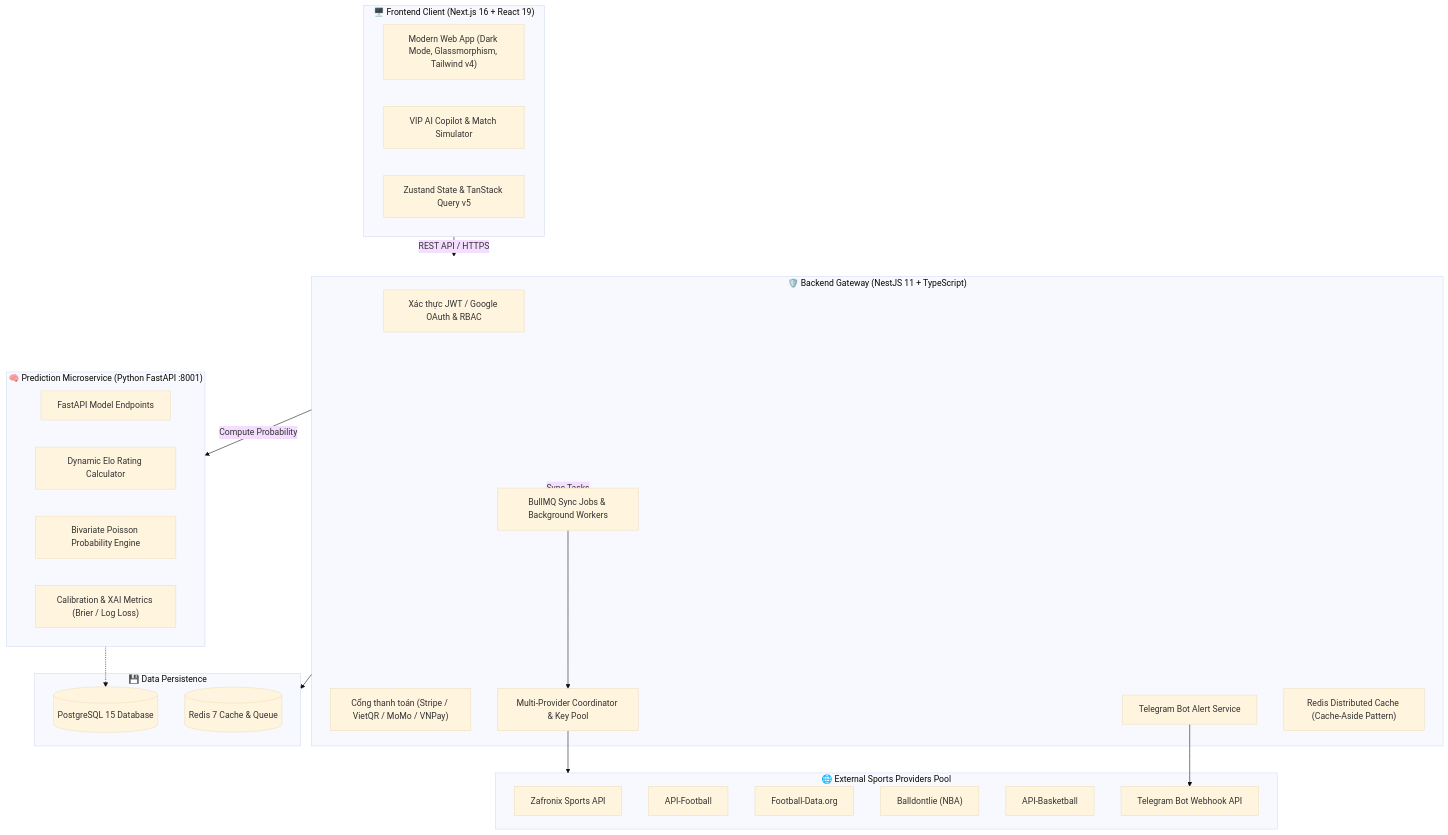
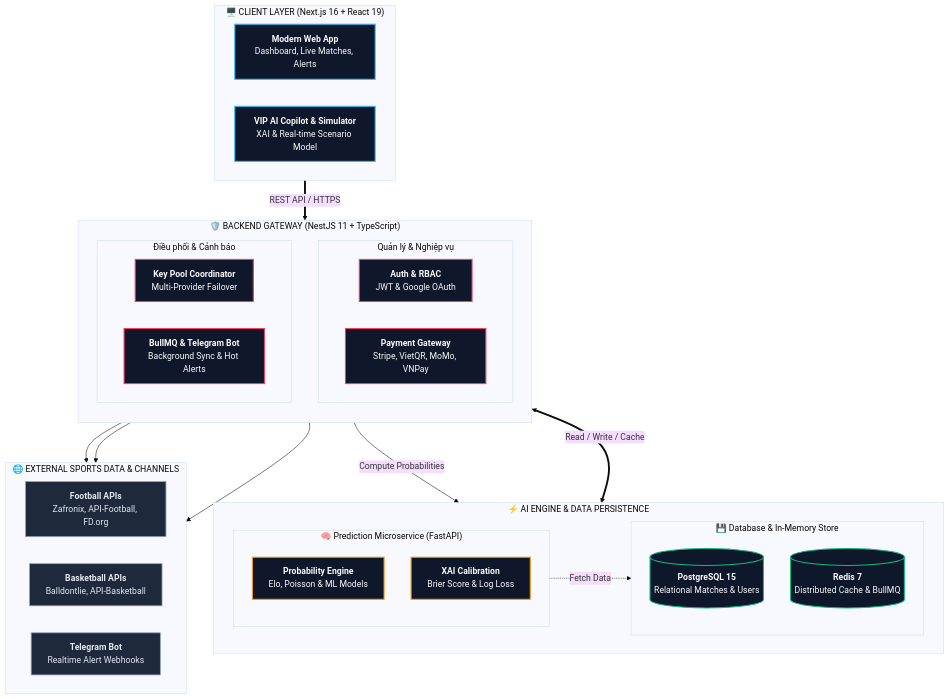
The diagram in README.md (keyaru1910/Iknowball), drawn with Mermaid (base theme) before and after one commit.

````diff
--- a/README.md
+++ b/README.md
@@ -70,47 +70,59 @@
 ```mermaid
-flowchart TD
-    subgraph Client_Layer["🖥️ Frontend Client (Next.js 16 + React 19)"]
-        UI["Modern Web App (Dark Mode, Glassmorphism, Tailwind v4)"]
-        Copilot["VIP AI Copilot & Match Simulator"]
-        State["Zustand State & TanStack Query v5"]
+flowchart TB
+    %% Styling Classes
+    classDef client fill:#0f172a,stroke:#38bdf8,stroke-width:2px,color:#f8fafc;
+    classDef gateway fill:#0f172a,stroke:#f43f5e,stroke-width:2px,color:#f8fafc;
+    classDef ai fill:#0f172a,stroke:#f59e0b,stroke-width:2px,color:#f8fafc;
+    classDef db fill:#0f172a,stroke:#10b981,stroke-width:2px,color:#f8fafc;
+    classDef ext fill:#1e293b,stroke:#94a3b8,stroke-width:1.5px,color:#e2e8f0;
+
+    subgraph Client ["🖥️ CLIENT LAYER (Next.js 16 + React 19)"]
+        direction LR
+        UI["<b>Modern Web App</b><br/>Dashboard, Live Matches, Alerts"]:::client
+        Simulator["<b>VIP AI Copilot & Simulator</b><br/>XAI & Real-time Scenario Model"]:::client
     end
 
-    subgraph Gateway_Layer["🛡️ Backend Gateway (NestJS 11 + TypeScript)"]
-        AuthMod["Xác thực JWT / Google OAuth & RBAC"]
-        PaymentMod["Cổng thanh toán (Stripe / VietQR / MoMo / VNPay)"]
-        Coordinator["Multi-Provider Coordinator & Key Pool"]
-        Queue["BullMQ Sync Jobs & Background Workers"]
-        AlertService["Telegram Bot Alert Service"]
-        CacheLayer["Redis Distributed Cache (Cache-Aside Pattern)"]
+    subgraph Gateway ["🛡️ BACKEND GATEWAY (NestJS 11 + TypeScript)"]
+        direction TB
+        subgraph G_Top ["Quản lý & Nghiệp vụ"]
+            direction LR
+            Auth["<b>Auth & RBAC</b><br/>JWT & Google OAuth"]:::gateway
+            Pay["<b>Payment Gateway</b><br/>Stripe, VietQR, MoMo, VNPay"]:::gateway
+        end
+        subgraph G_Bottom ["Điều phối & Cảnh báo"]
+            direction LR
+            Coord["<b>Key Pool Coordinator</b><br/>Multi-Provider Failover"]:::gateway
+            Queue["<b>BullMQ & Telegram Bot</b><br/>Background Sync & Hot Alerts"]:::gateway
+        end
     end
 
-    subgraph AI_Layer["🧠 Prediction Microservice (Python FastAPI :8001)"]
-        MLApi["FastAPI Model Endpoints"]
-        EloEngine["Dynamic Elo Rating Calculator"]
-        PoissonEngine["Bivariate Poisson Probability Engine"]
-        CalibEngine["Calibration & XAI Metrics (Brier / Log Loss)"]
+    subgraph ProcessingStorage ["⚡ AI ENGINE & DATA PERSISTENCE"]
+        direction LR
+        subgraph AI ["🧠 Prediction Microservice (FastAPI)"]
+            direction TB
+            ML["<b>Probability Engine</b><br/>Elo, Poisson & ML Models"]:::ai
+            XAI["<b>XAI Calibration</b><br/>Brier Score & Log Loss"]:::ai
+        end
+        subgraph DB ["💾 Database & In-Memory Store"]
+            direction TB
+            Postgres[("<b>PostgreSQL 15</b><br/>Relational Matches & Users")]:::db
+            Redis[("<b>Redis 7</b><br/>Distributed Cache & BullMQ")]:::db
+        end
     end
 
-    subgraph Persistence_Layer["💾 Data Persistence"]
-        Postgres[(PostgreSQL 15 Database)]
-        RedisStore[(Redis 7 Cache & Queue)]
+    subgraph External ["🌐 EXTERNAL SPORTS DATA & CHANNELS"]
+        direction LR
+        Football["<b>Football APIs</b><br/>Zafronix, API-Football, FD.org"]:::ext
+        Basketball["<b>Basketball APIs</b><br/>Balldontlie, API-Basketball"]:::ext
+        Telegram["<b>Telegram Bot</b><br/>Realtime Alert Webhooks"]:::ext
     end
 
-    subgraph External_APIs["🌐 External Sports Providers Pool"]
-        ZF["Zafronix Sports API"]
-        AF["API-Football"]
-        FD["Football-Data.org"]
-        BDL["Balldontlie (NBA)"]
-        AB["API-Basketball"]
-        TelegramAPI["Telegram Bot Webhook API"]
-    end
-
-    Client_Layer -->|REST API / HTTPS| Gateway_Layer
-    Gateway_Layer --> Persistence_Layer
-    Gateway_Layer -->|Sync Tasks| Queue
-    Queue --> Coordinator
-    Coordinator --> External_APIs
-    Gateway_Layer -->|Compute Probability| AI_Layer
-    AI_Layer -.-> Postgres
-    AlertService --> TelegramAPI
+    %% Flow Connections
+    Client ==>|REST API / HTTPS| Gateway
+    Gateway -->|Compute Probabilities| AI
+    Gateway <==>|Read / Write / Cache| DB
+    Coord --> Football
+    Coord --> Basketball
+    Queue --> Telegram
+    AI -.->|Fetch Data| Postgres
 ```
````
